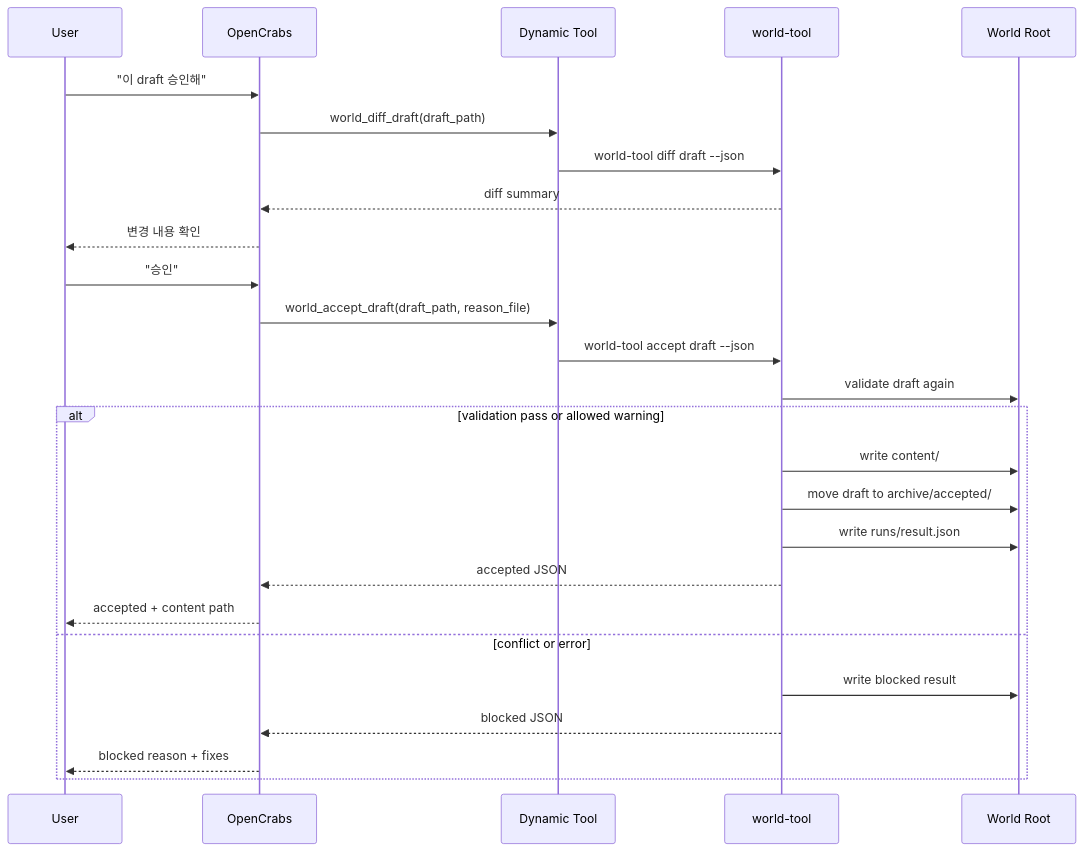
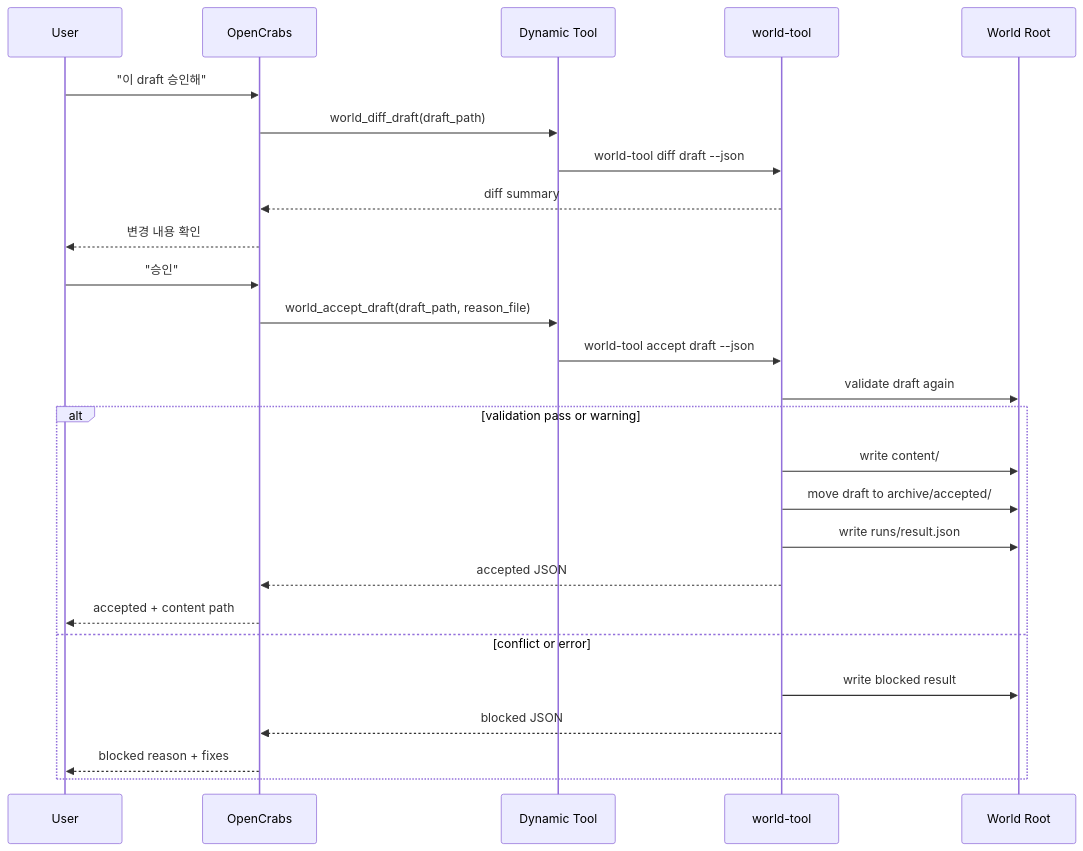
Before and after one commit to hoonzinope/world-building-harness: the fourth of 5 diagrams in docs/system-design.md, drawn with Mermaid. The commit also changed other lines of this file and 11 other files, not shown here.

````diff
--- a/docs/system-design.md
+++ b/docs/system-design.md
@@ -119,29 +121,29 @@
 ```mermaid
 sequenceDiagram
     participant User
     participant OpenCrabs
     participant Tool as Dynamic Tool
     participant WT as world-tool
     participant World as World Root
 
     User->>OpenCrabs: "이 draft 승인해"
     OpenCrabs->>Tool: world_diff_draft(draft_path)
     Tool->>WT: world-tool diff draft --json
     WT-->>OpenCrabs: diff summary
     OpenCrabs-->>User: 변경 내용 확인
     User->>OpenCrabs: "승인"
     OpenCrabs->>Tool: world_accept_draft(draft_path, reason_file)
     Tool->>WT: world-tool accept draft --json
     WT->>World: validate draft again
-    alt validation pass or allowed warning
+    alt validation pass or warning
         WT->>World: write content/
         WT->>World: move draft to archive/accepted/
         WT->>World: write runs/result.json
         WT-->>OpenCrabs: accepted JSON
         OpenCrabs-->>User: accepted + content path
     else conflict or error
         WT->>World: write blocked result
         WT-->>OpenCrabs: blocked JSON
         OpenCrabs-->>User: blocked reason + fixes
     end
 ```
````
